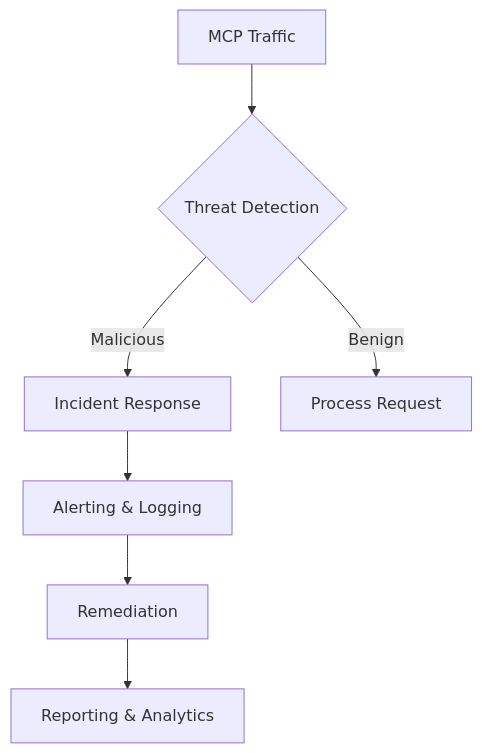
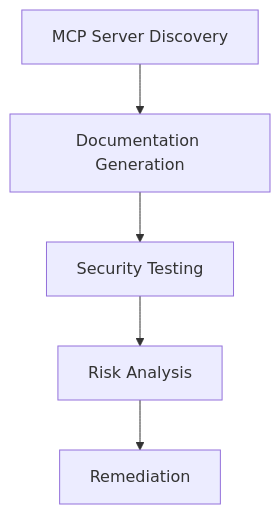
Before and after one commit to adhit-r/aran-mcp: the diagram in README.md, drawn with Mermaid. The commit also changed other lines of this file and 93 other files, not shown here.

````diff
--- a/README.md
+++ b/README.md
@@ -5,9 +9,7 @@
 ```mermaid
 graph TD
-    A[MCP Traffic] --> B{Threat Detection}
-    B -->|Malicious| C[Incident Response]
-    B -->|Benign| D[Process Request]
-    C --> E[Alerting & Logging]
-    E --> F[Remediation]
-    F --> G[Reporting & Analytics]
+    A[MCP Server Discovery] --> B[Documentation Generation]
+    B --> C[Security Testing]
+    C --> D[Risk Analysis]
+    D --> E[Remediation]
 ```
````
